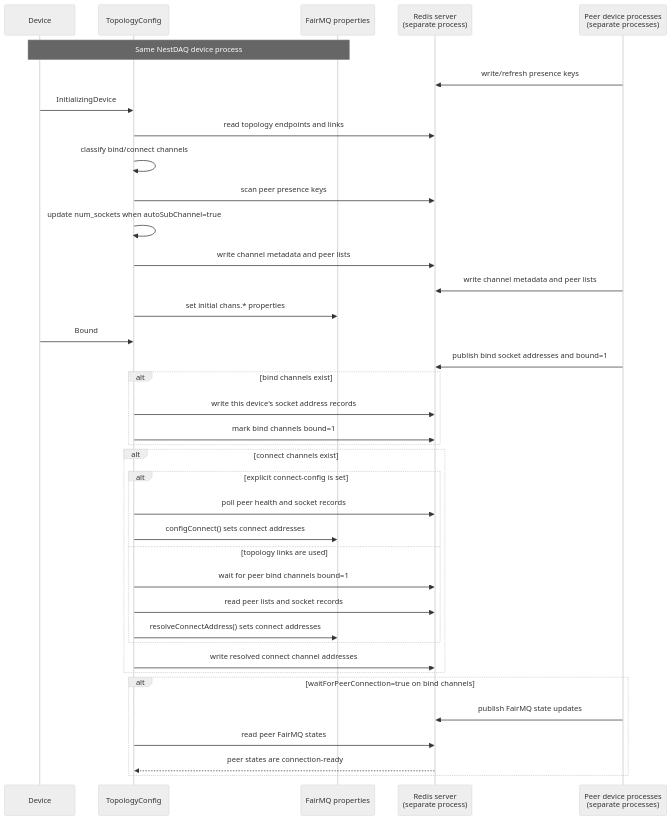
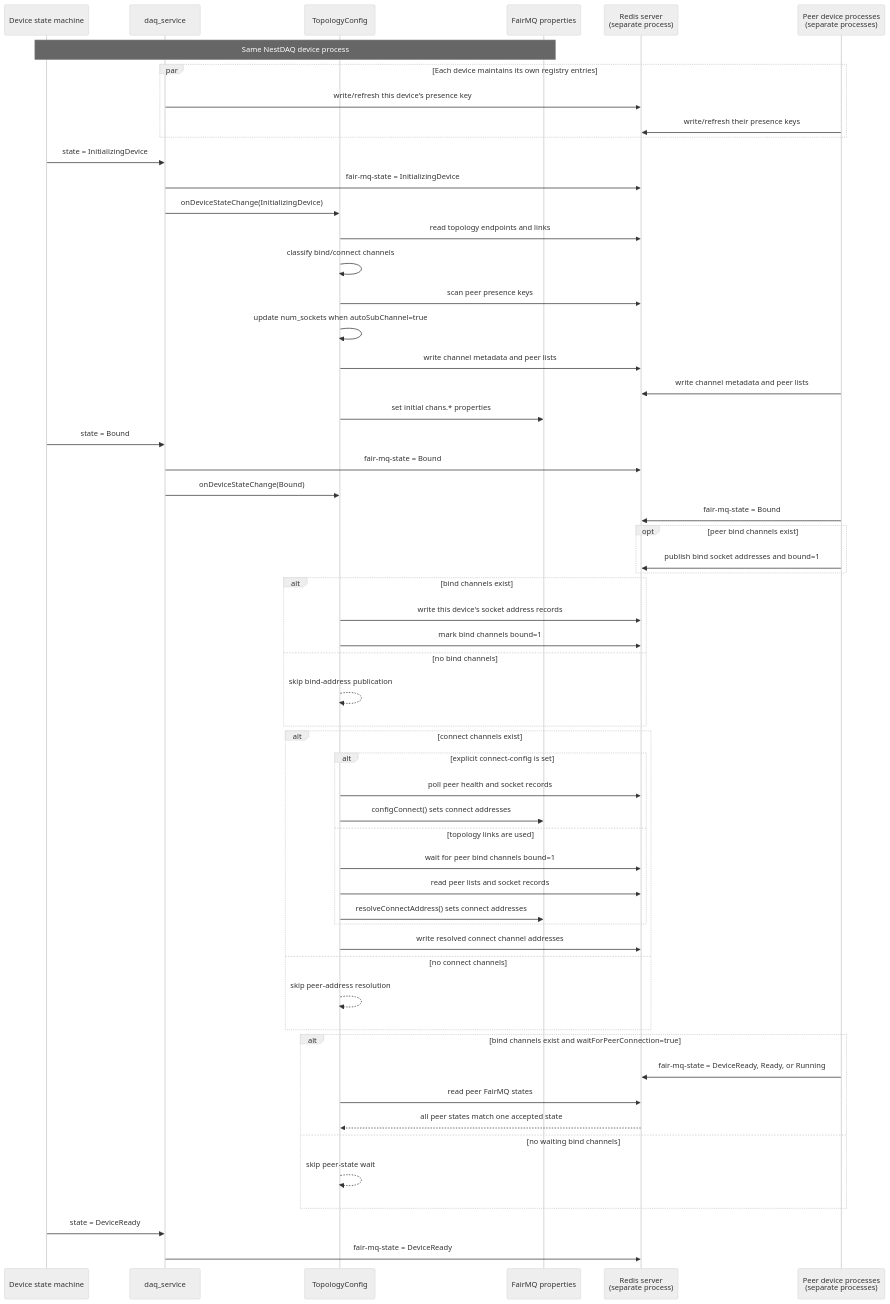
One commit to tntakahashi/nestdaq changed the second of 3 diagrams in plugins/README.md. Above: the diagram before and after it, drawn with Mermaid (neutral theme). The commit also changed other lines of this file and 1 other file, not shown here.

Commit message:
docs(plugins): clarify device states and topology branches

````diff
--- a/plugins/README.md
+++ b/plugins/README.md
@@ -348,42 +348,61 @@
 ```mermaid
 sequenceDiagram
-    participant Device
+    participant Device as Device state machine
+    participant DaqService as daq_service
     participant TopologyConfig
     participant FairMQProperties as FairMQ properties
     participant Redis as Redis server<br/>(separate process)
     participant PeerDevices as Peer device processes<br/>(separate processes)
     Note over Device,FairMQProperties: Same NestDAQ device process
 
-    PeerDevices->>Redis: write/refresh presence keys
-    Device->>TopologyConfig: InitializingDevice
+    par Each device maintains its own registry entries
+        DaqService->>Redis: write/refresh this device's presence key
+        PeerDevices->>Redis: write/refresh their presence keys
+    end
+    Device->>DaqService: state = InitializingDevice
+    DaqService->>Redis: fair-mq-state = InitializingDevice
+    DaqService->>TopologyConfig: onDeviceStateChange(InitializingDevice)
     TopologyConfig->>Redis: read topology endpoints and links
     TopologyConfig->>TopologyConfig: classify bind/connect channels
     TopologyConfig->>Redis: scan peer presence keys
     TopologyConfig->>TopologyConfig: update num_sockets when autoSubChannel=true
     TopologyConfig->>Redis: write channel metadata and peer lists
     PeerDevices->>Redis: write channel metadata and peer lists
     TopologyConfig->>FairMQProperties: set initial chans.* properties
 
-    Device->>TopologyConfig: Bound
-    PeerDevices->>Redis: publish bind socket addresses and bound=1
+    Device->>DaqService: state = Bound
+    DaqService->>Redis: fair-mq-state = Bound
+    DaqService->>TopologyConfig: onDeviceStateChange(Bound)
+    PeerDevices->>Redis: fair-mq-state = Bound
+    opt peer bind channels exist
+        PeerDevices->>Redis: publish bind socket addresses and bound=1
+    end
     alt bind channels exist
         TopologyConfig->>Redis: write this device's socket address records
         TopologyConfig->>Redis: mark bind channels bound=1
+    else no bind channels
+        TopologyConfig-->>TopologyConfig: skip bind-address publication
     end
     alt connect channels exist
         alt explicit connect-config is set
             TopologyConfig->>Redis: poll peer health and socket records
             TopologyConfig->>FairMQProperties: configConnect() sets connect addresses
         else topology links are used
             TopologyConfig->>Redis: wait for peer bind channels bound=1
             TopologyConfig->>Redis: read peer lists and socket records
             TopologyConfig->>FairMQProperties: resolveConnectAddress() sets connect addresses
         end
         TopologyConfig->>Redis: write resolved connect channel addresses
+    else no connect channels
+        TopologyConfig-->>TopologyConfig: skip peer-address resolution
     end
-    alt waitForPeerConnection=true on bind channels
-        PeerDevices->>Redis: publish FairMQ state updates
+    alt bind channels exist and waitForPeerConnection=true
+        PeerDevices->>Redis: fair-mq-state = DeviceReady, Ready, or Running
         TopologyConfig->>Redis: read peer FairMQ states
-        Redis-->>TopologyConfig: peer states are connection-ready
+        Redis-->>TopologyConfig: all peer states match one accepted state
+    else no waiting bind channels
+        TopologyConfig-->>TopologyConfig: skip peer-state wait
     end
+    Device->>DaqService: state = DeviceReady
+    DaqService->>Redis: fair-mq-state = DeviceReady
 ```
````
